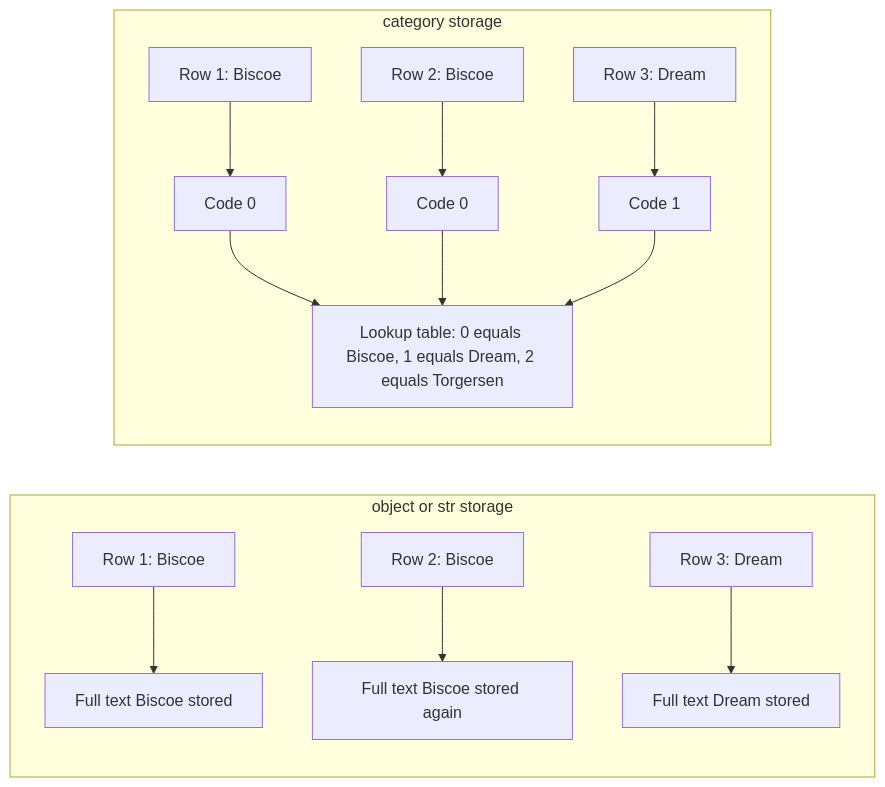
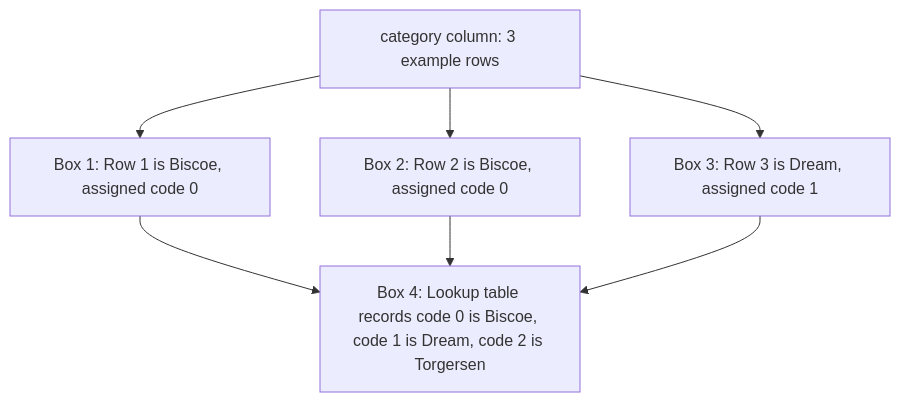
The second of 2 diagrams in docs/12-pandas/99-1-palmer-penguin-analysis.md (ag999git/001-mkdocs), drawn with Mermaid before and after one commit. The commit also changed other lines of this file, not shown here.

````diff
--- a/docs/12-pandas/99-1-palmer-penguin-analysis.md
+++ b/docs/12-pandas/99-1-palmer-penguin-analysis.md
@@ -599,16 +608,10 @@
 ```mermaid
-flowchart LR
-    subgraph Object[object or str storage]
-        R1[Row 1: Biscoe] --> S1[Full text Biscoe stored]
-        R2[Row 2: Biscoe] --> S2[Full text Biscoe stored again]
-        R3[Row 3: Dream] --> S3[Full text Dream stored]
-    end
-    subgraph Category[category storage]
-        T1[Row 1: Biscoe] --> C1[Code 0]
-        T2[Row 2: Biscoe] --> C2[Code 0]
-        T3[Row 3: Dream] --> C3[Code 1]
-        C1 --> L[Lookup table: 0 equals Biscoe, 1 equals Dream, 2 equals Torgersen]
-        C2 --> L
-        C3 --> L
-    end
+flowchart TD
+    H2[category column: 3 example rows]
+    H2 --> C1[Box 1: Row 1 is Biscoe, assigned code 0]
+    H2 --> C2[Box 2: Row 2 is Biscoe, assigned code 0]
+    H2 --> C3[Box 3: Row 3 is Dream, assigned code 1]
+    C1 --> L[Box 4: Lookup table records code 0 is Biscoe, code 1 is Dream, code 2 is Torgersen]
+    C2 --> L
+    C3 --> L
 ```
````
